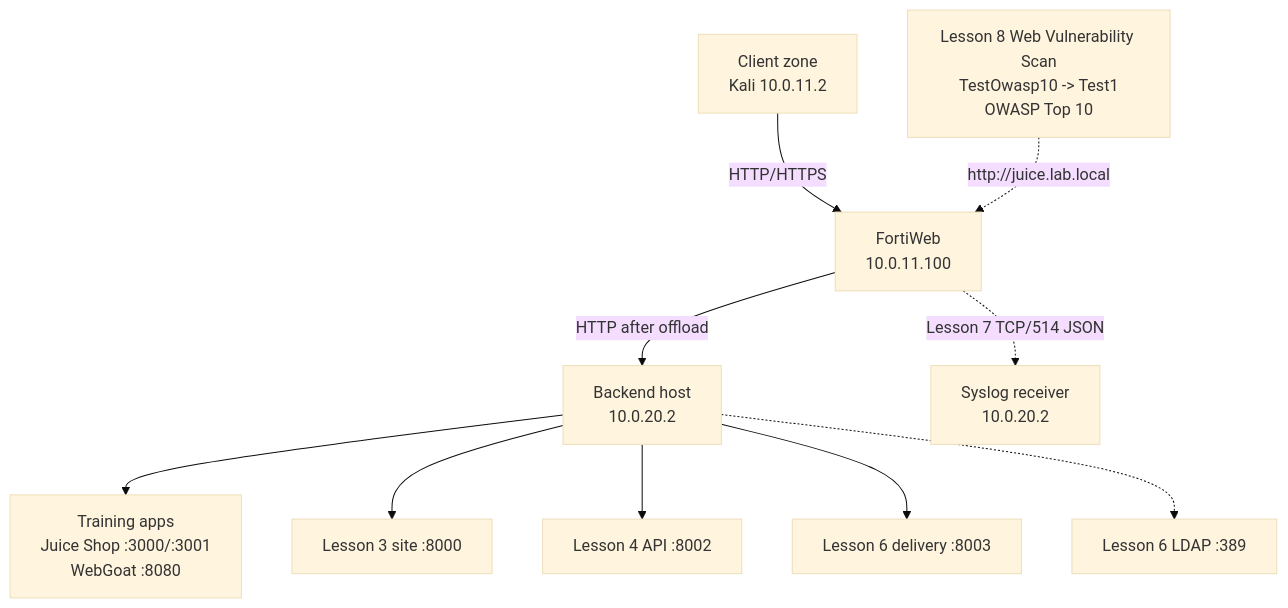
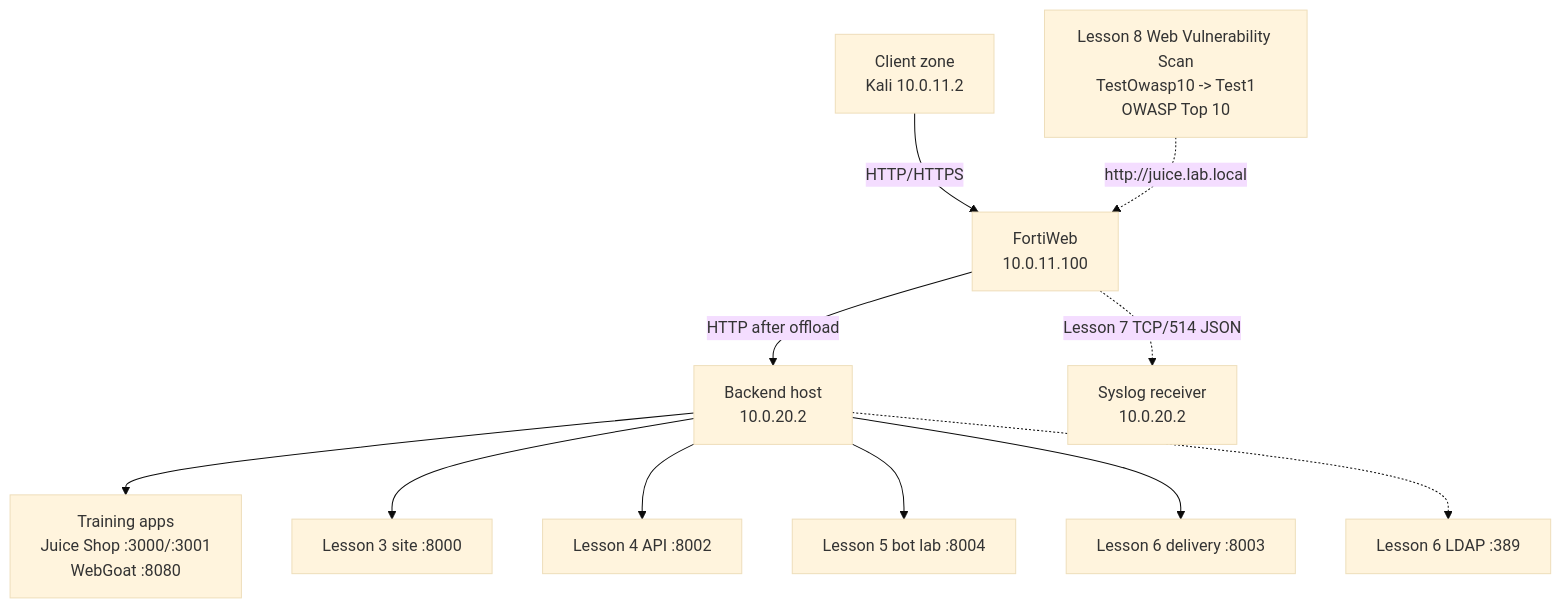
One commit to abdelrahmanelkady777/fortiweb-waf-security-lab changed the diagram in docs/architecture.md. Above: the diagram before and after it, drawn with Mermaid (base theme). The commit also changed other lines of this file and 26 other files, not shown here.

````diff
--- a/docs/architecture.md
+++ b/docs/architecture.md
@@ -11,12 +11,13 @@
 ```mermaid
 flowchart TB
     C["Client zone<br/>Kali 10.0.11.2"] -->|"HTTP/HTTPS"| W["FortiWeb<br/>10.0.11.100"]
     V8["Lesson 8 Web Vulnerability Scan<br/>TestOwasp10 -> Test1<br/>OWASP Top 10"] -.->|"http://juice.lab.local"| W
     W -->|"HTTP after offload"| B["Backend host<br/>10.0.20.2"]
     B --> A1["Training apps<br/>Juice Shop :3000/:3001<br/>WebGoat :8080"]
     B --> A3["Lesson 3 site :8000"]
     B --> A4["Lesson 4 API :8002"]
+    B --> A5["Lesson 5 bot lab :8004"]
     B --> A6["Lesson 6 delivery :8003"]
     B -.-> L6["Lesson 6 LDAP :389"]
     W -.->|"Lesson 7 TCP/514 JSON"| S7["Syslog receiver<br/>10.0.20.2"]
 ```
````
